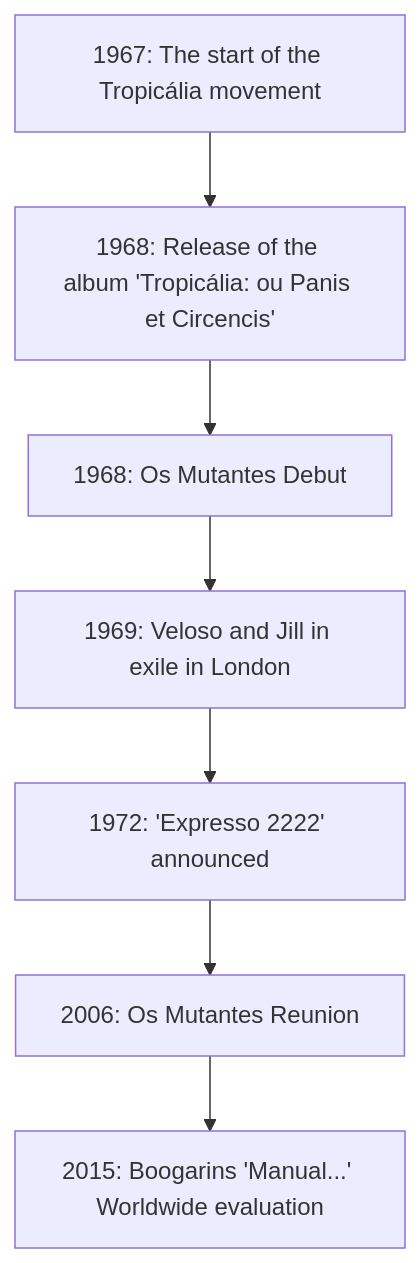
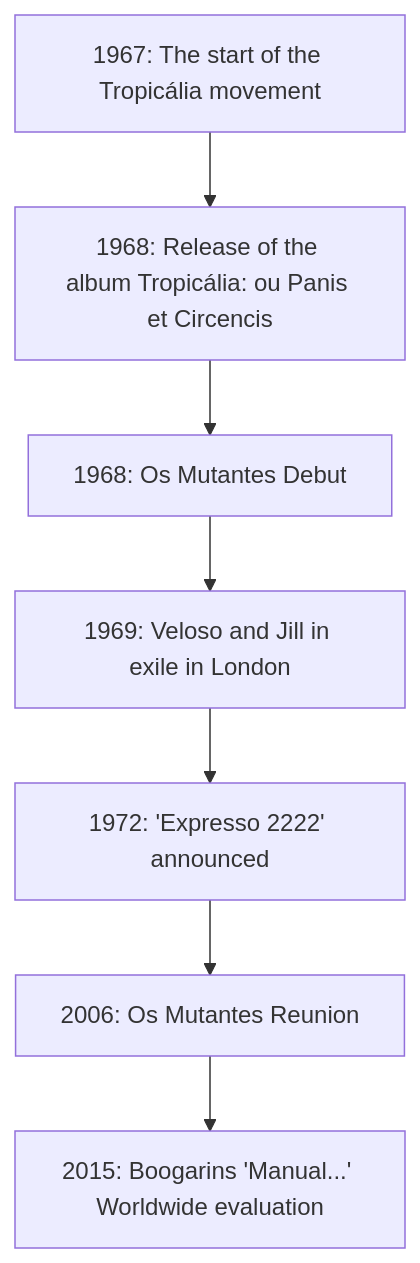
The diagram in en/_posts/2025-10-08-Colum-Brazilian-Psychedelic-Music.md (monumental-movement/monumental-movement.github.io), drawn with Mermaid before and after one commit. The commit also changed other lines of this file and 528 other files, not shown here.

```diff
--- a/en/_posts/2025-10-08-Colum-Brazilian-Psychedelic-Music.md
+++ b/en/_posts/2025-10-08-Colum-Brazilian-Psychedelic-Music.md
@@ -103,14 +103,14 @@
 <div class="mermaid">
 
 flowchart TD
     A1967["1967: The start of the Tropicália movement"]
-    A1968a["1968: Release of the album 'Tropicália: ou Panis et Circencis'"]
+    A1968a["1968: Release of the album Tropicália: ou Panis et Circencis"]
     A1968b["1968: Os Mutantes Debut"]
     A1969["1969: Veloso and Jill in exile in London"]
     A1972["1972: 'Expresso 2222' announced"]
     A2006["2006: Os Mutantes Reunion"]
     A2015["2015: Boogarins 'Manual...' Worldwide evaluation"]
 
     A1967 --> A1968a --> A1968b --> A1969 --> A1972 --> A2006 --> A2015
 
 </div>
```
